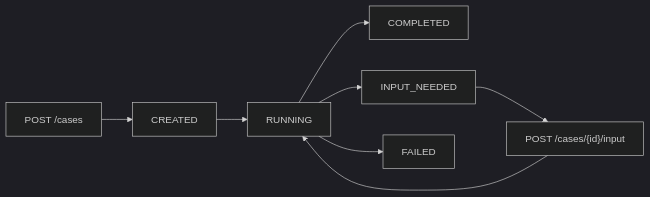
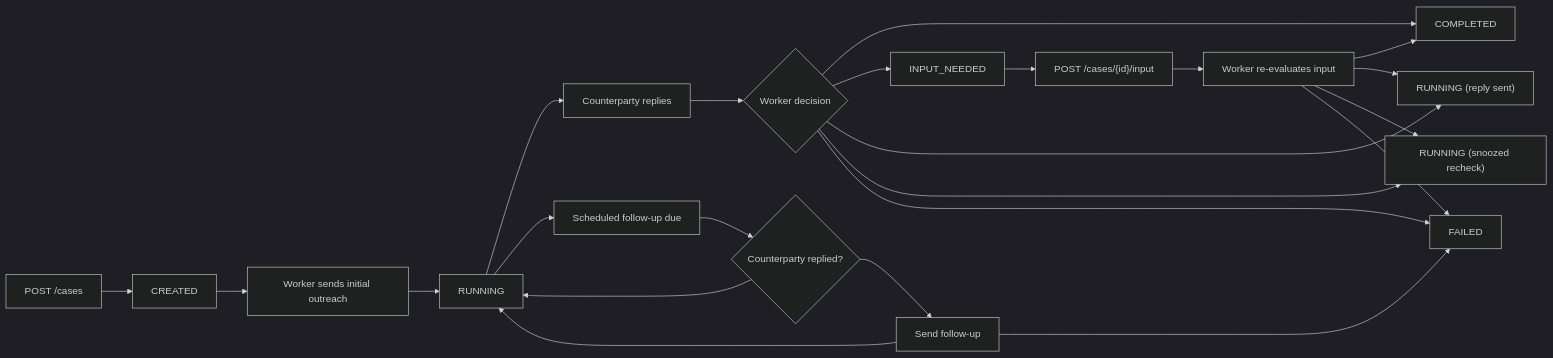
One commit to asadaizaz/docs changed the diagram in concepts/lifecycle.mdx. Above: the diagram before and after it, drawn with Mermaid (dark theme). The commit also changed other lines of this file and 17 other files, not shown here.

````diff
--- a/concepts/lifecycle.mdx
+++ b/concepts/lifecycle.mdx
@@ -18,10 +20,25 @@
 ```mermaid
 flowchart LR
   A["POST /cases"] --> B["CREATED"]
-  B --> C["RUNNING"]
-  C --> D["COMPLETED"]
-  C --> E["INPUT_NEEDED"]
-  E --> F["POST /cases/{id}/input"]
-  F --> C
-  C --> G["FAILED"]
+  B --> C["Worker sends initial outreach"]
+  C --> D["RUNNING"]
+  D --> E["Counterparty replies"]
+  E --> F{"Worker decision"}
+  F --> G["COMPLETED"]
+  F --> H["INPUT_NEEDED"]
+  F --> I["RUNNING (reply sent)"]
+  F --> J["RUNNING (snoozed recheck)"]
+  F --> K["FAILED"]
+  H --> L["POST /cases/{id}/input"]
+  L --> M["Worker re-evaluates input"]
+  M --> G
+  M --> I
+  M --> J
+  M --> K
+  D --> N["Scheduled follow-up due"]
+  N --> O{"Counterparty replied?"}
+  O --> D
+  O --> P["Send follow-up"]
+  P --> D
+  P --> K
 ```
````
